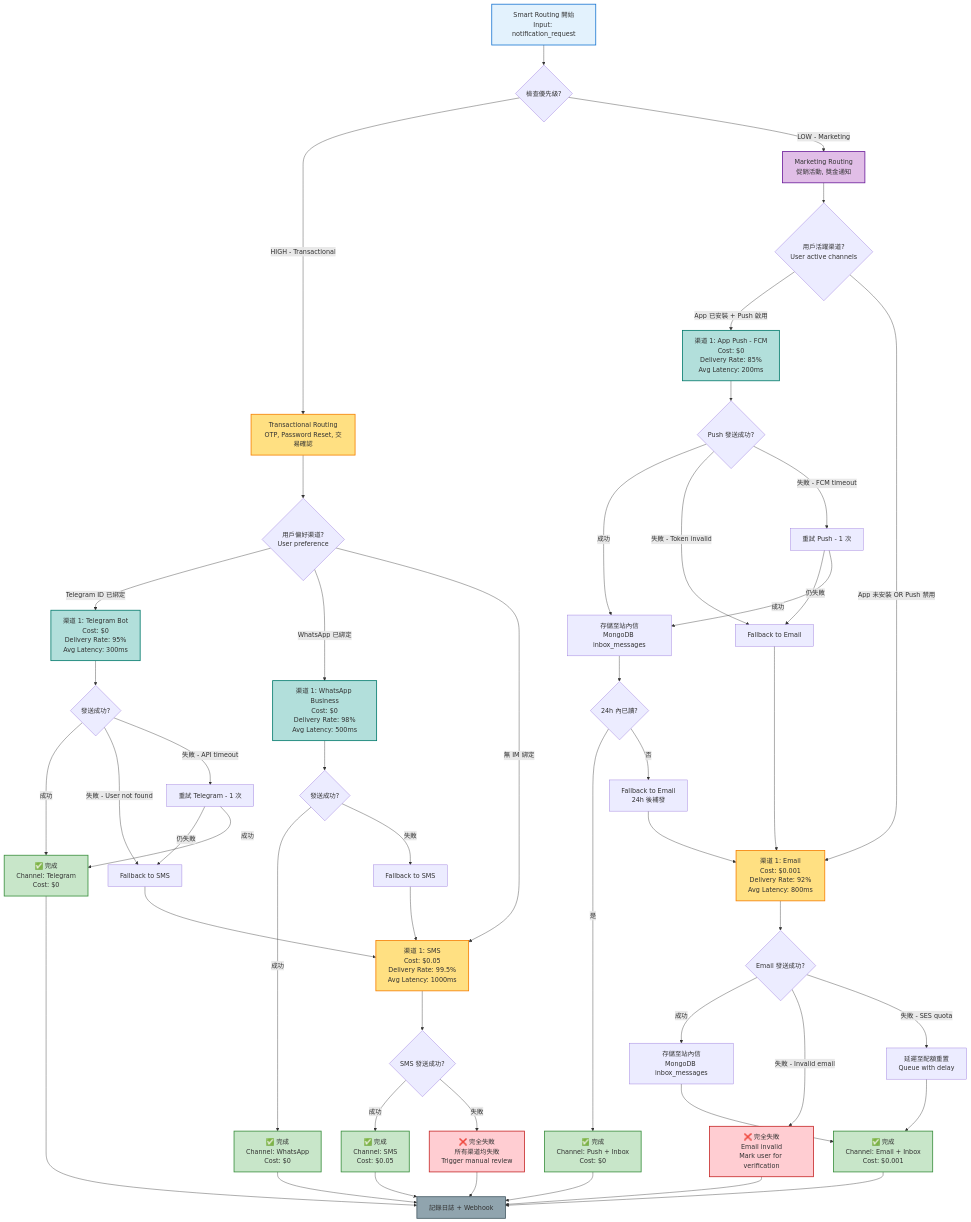
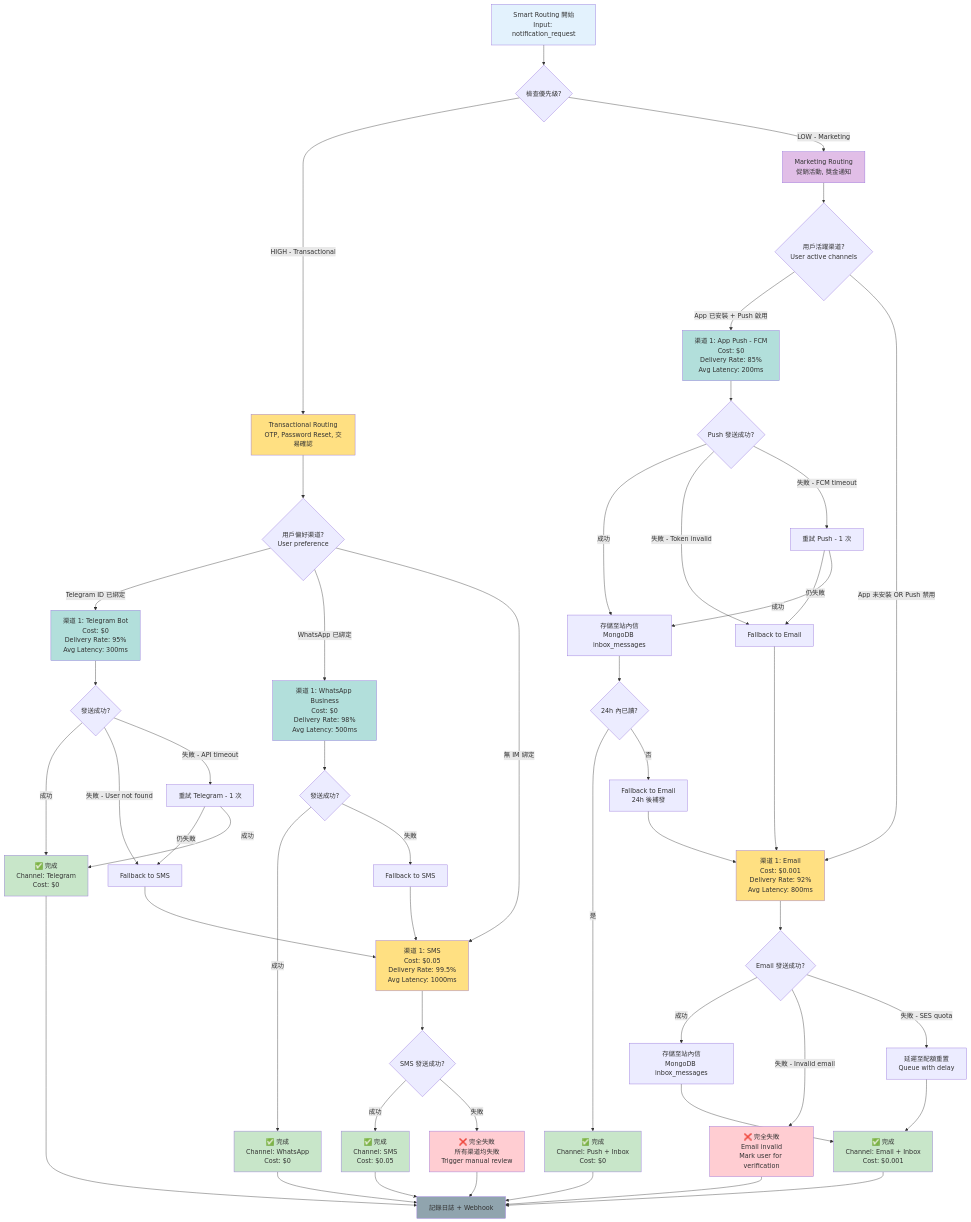
The third of 3 diagrams in docs/iGaming/07_Platform_Management/07-03_Notification_Architecture.md (ron03wlb/smart-admin), drawn with Mermaid before and after one commit. The commit also changed other lines of this file and 16 other files, not shown here.

First line of the commit message:
fix(mermaid): Phase 6 - fix Type D comma-separated style properties

````diff
--- a/docs/iGaming/07_Platform_Management/07-03_Notification_Architecture.md
+++ b/docs/iGaming/07_Platform_Management/07-03_Notification_Architecture.md
@@ -438,25 +438,25 @@
     M_SUCCESS2 --> END
     M_FAIL2 --> END
 
-    style START fill:#E3F2FD,stroke:#1976D2,stroke-width:2px
-    style TRANS fill:#FFE082,stroke:#F57F00,stroke-width:2px
-    style MARKET fill:#E1BEE7,stroke:#6A1B9A,stroke-width:2px
+    style START fill:#E3F2FD
+    style TRANS fill:#FFE082
+    style MARKET fill:#E1BEE7
 
-    style T_TG fill:#B2DFDB,stroke:#00796B,stroke-width:2px
-    style T_WA fill:#B2DFDB,stroke:#00796B,stroke-width:2px
-    style T_SMS fill:#FFE082,stroke:#F57F00,stroke-width:2px
+    style T_TG fill:#B2DFDB
+    style T_WA fill:#B2DFDB
+    style T_SMS fill:#FFE082
 
-    style M_PUSH fill:#B2DFDB,stroke:#00796B,stroke-width:2px
-    style M_EMAIL fill:#FFE082,stroke:#F57F00,stroke-width:2px
+    style M_PUSH fill:#B2DFDB
+    style M_EMAIL fill:#FFE082
 
-    style T_SUCCESS1 fill:#C8E6C9,stroke:#388E3C,stroke-width:2px
-    style T_SUCCESS2 fill:#C8E6C9,stroke:#388E3C,stroke-width:2px
-    style T_SUCCESS3 fill:#C8E6C9,stroke:#388E3C,stroke-width:2px
-    style M_SUCCESS1 fill:#C8E6C9,stroke:#388E3C,stroke-width:2px
-    style M_SUCCESS2 fill:#C8E6C9,stroke:#388E3C,stroke-width:2px
+    style T_SUCCESS1 fill:#C8E6C9
+    style T_SUCCESS2 fill:#C8E6C9
+    style T_SUCCESS3 fill:#C8E6C9
+    style M_SUCCESS1 fill:#C8E6C9
+    style M_SUCCESS2 fill:#C8E6C9
 
-    style T_FAIL fill:#FFCDD2,stroke:#C62828,stroke-width:2px
-    style M_FAIL2 fill:#FFCDD2,stroke:#C62828,stroke-width:2px
+    style T_FAIL fill:#FFCDD2
+    style M_FAIL2 fill:#FFCDD2
 
-    style END fill:#90A4AE,stroke:#455A64,stroke-width:2px
+    style END fill:#90A4AE
 ```
````
